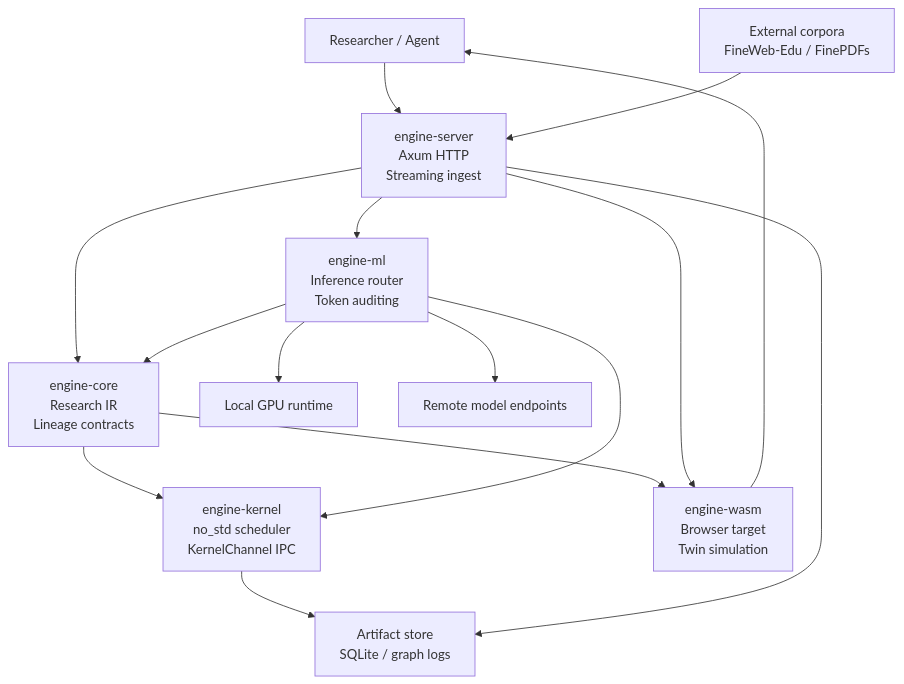
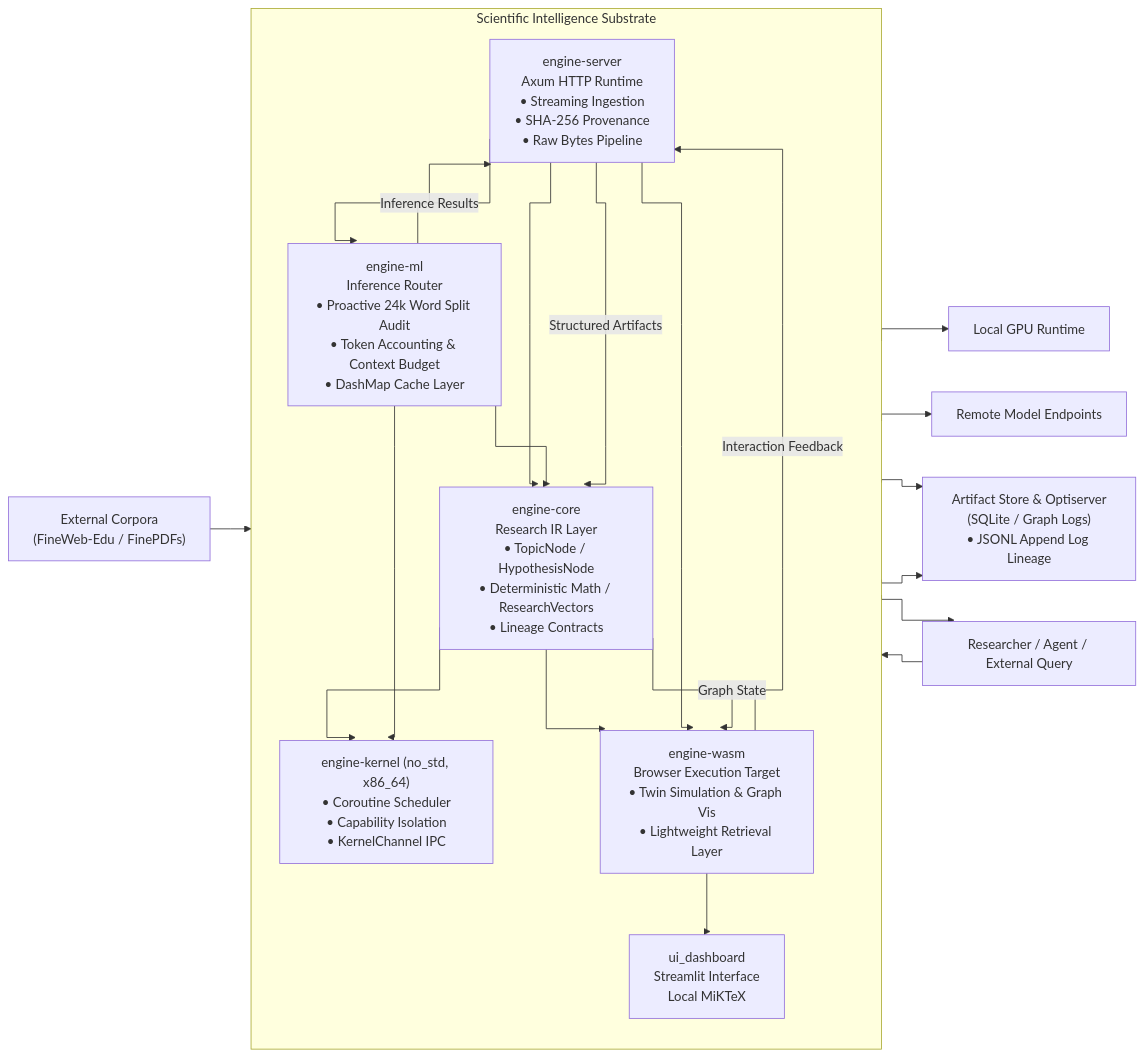
The diagram in README.md (intelligentiaomni/grove), drawn with Mermaid before and after one commit. The commit also changed other lines of this file and 1 other file, not shown here.

Commit message:
docs: unify engine architecture and add link for mobile

````diff
--- a/README.md
+++ b/README.md
@@ -61,28 +72,67 @@
 ```mermaid
-flowchart TD
-    User["Researcher / Agent"]
-    Server["engine-server<br/>Axum HTTP<br/>Streaming ingest"]
-    Core["engine-core<br/>Research IR<br/>Lineage contracts"]
-    ML["engine-ml<br/>Inference router<br/>Token auditing"]
-    Kernel["engine-kernel<br/>no_std scheduler<br/>KernelChannel IPC"]
-    WASM["engine-wasm<br/>Browser target<br/>Twin simulation"]
-    Datasets["External corpora<br/>FineWeb-Edu / FinePDFs"]
-    Local["Local GPU runtime"]
-    Cloud["Remote model endpoints"]
-    Storage["Artifact store<br/>SQLite / graph logs"]
+flowchart LR
 
-    User --> Server
-    Datasets --> Server
-    Server --> Core
-    Server --> ML
-    ML --> Local
-    ML --> Cloud
-    ML --> Core
-    Core --> Kernel
-    ML --> Kernel
-    Kernel --> Storage
-    Server --> Storage
-    Core --> WASM
-    Server --> WASM
-    WASM --> User
+%% =========================
+%% External Systems & Ingest
+%% =========================
+User[Researcher / Agent / External Query]
+Datasets["External Corpora<br/>(FineWeb-Edu / FinePDFs)"]
+
+subgraph Engine["Scientific Intelligence Substrate"]
+    direction TB
+
+    Server["engine-server<br/>Axum HTTP Runtime<br/>• Streaming Ingestion<br/>• SHA-256 Provenance<br/>• Raw Bytes Pipeline"]
+
+    ML["engine-ml<br/>Inference Router<br/>• Proactive 24k Word Split Audit<br/>• Token Accounting & Context Budget<br/>• DashMap Cache Layer"]
+
+    Core["engine-core<br/>Research IR Layer<br/>• TopicNode / HypothesisNode<br/>• Deterministic Math / ResearchVectors<br/>• Lineage Contracts"]
+
+    Kernel["engine-kernel (no_std, x86_64)<br/>• Coroutine Scheduler<br/>• Capability Isolation<br/>• KernelChannel IPC"]
+
+    WASM["engine-wasm<br/>Browser Execution Target<br/>• Twin Simulation & Graph Vis<br/>• Lightweight Retrieval Layer"]
+    
+    UI["ui_dashboard<br/>Streamlit Interface<br/>Local MiKTeX"]
+end
+
+Cloud["Remote Model Endpoints"]
+Local["Local GPU Runtime"]
+Storage["Artifact Store & Optiserver<br/>(SQLite / Graph Logs)<br/>• JSONL Append Log Lineage"]
+
+%% =========================
+%% Data / Control Flow
+%% =========================
+User --> Server
+Datasets --> Server
+
+Server --> Core
+Server --> ML
+
+ML --> Local
+ML --> Cloud
+ML --> Core
+
+Core --> Kernel
+ML --> Kernel
+
+Kernel --> Storage
+Server --> Storage
+
+Core --> WASM
+Server --> WASM
+WASM --> UI
+UI --> User
+
+%% =========================
+%% Feedback Loops
+%% =========================
+ML -->|Inference Results| Server
+Server -->|Structured Artifacts| Core
+Core -->|Graph State| WASM
+WASM -->|Interaction Feedback| Server
+
+%% =========================
+%% Orthogonal Edge Routing
+%% =========================
+linkStyle default interpolate stepBefore
+
 ```
````
